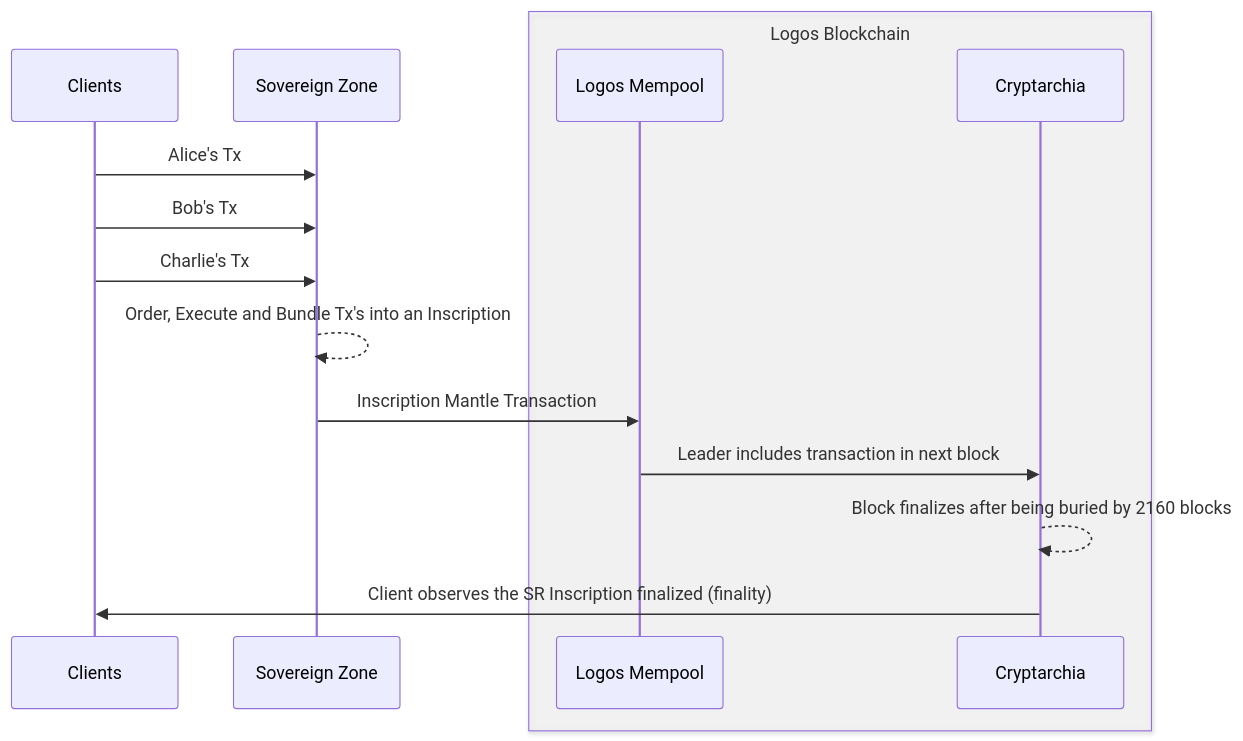
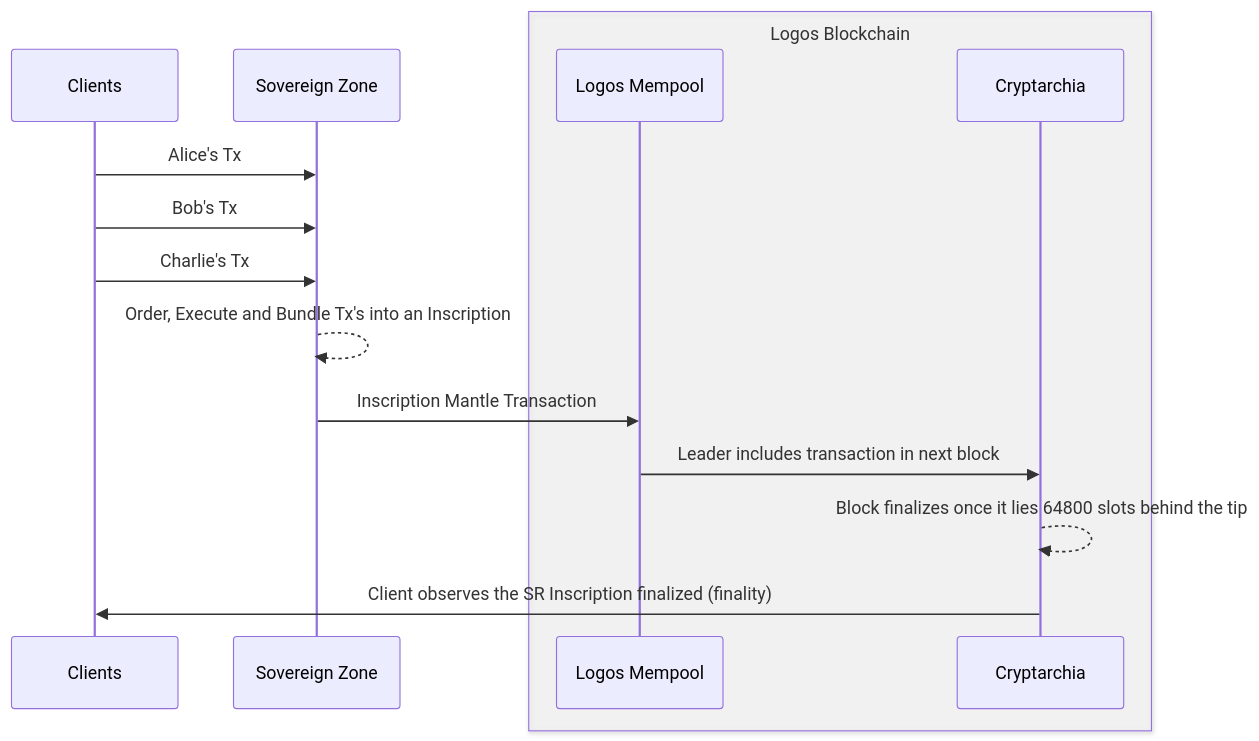
Before and after one commit to logos-co/logos-lips: the diagram in docs/blockchain/raw/bedrock-architecture-overview.md, drawn with Mermaid. The commit also changed other lines of this file and 4 other files, not shown here.

````diff
--- a/docs/blockchain/raw/bedrock-architecture-overview.md
+++ b/docs/blockchain/raw/bedrock-architecture-overview.md
@@ -74,20 +75,20 @@
 ```mermaid
 sequenceDiagram
     participant C as Clients
 
     participant SZ as Sovereign Zone
 
         box rgba(255,255,255,0.3) Logos Blockchain
             participant Mempool as Logos Mempool
             participant Cryptarchia
         end
 
     C->>SZ: Alice's Tx
     C->>SZ: Bob's Tx
     C->>SZ: Charlie's Tx
     SZ-->>SZ: Order, Execute and Bundle Tx's into an Inscription
     SZ ->> Mempool: Inscription Mantle Transaction
     Mempool ->> Cryptarchia: Leader includes transaction in next block
-    Cryptarchia -->> Cryptarchia: Block finalizes after being buried by 2160 blocks
+    Cryptarchia -->> Cryptarchia: Block finalizes once it lies 64800 slots behind the tip
     Cryptarchia ->> C: Client observes the SR Inscription finalized (finality)
 ```
````
